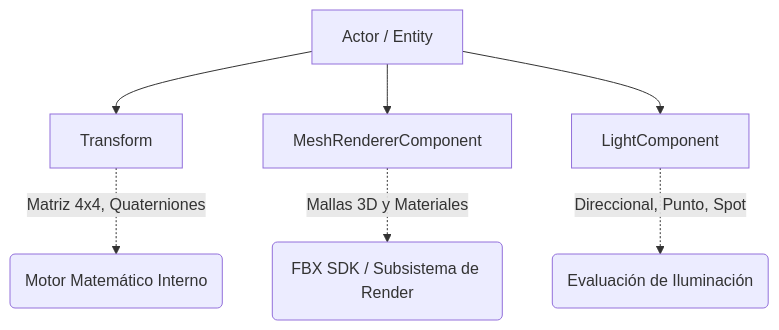
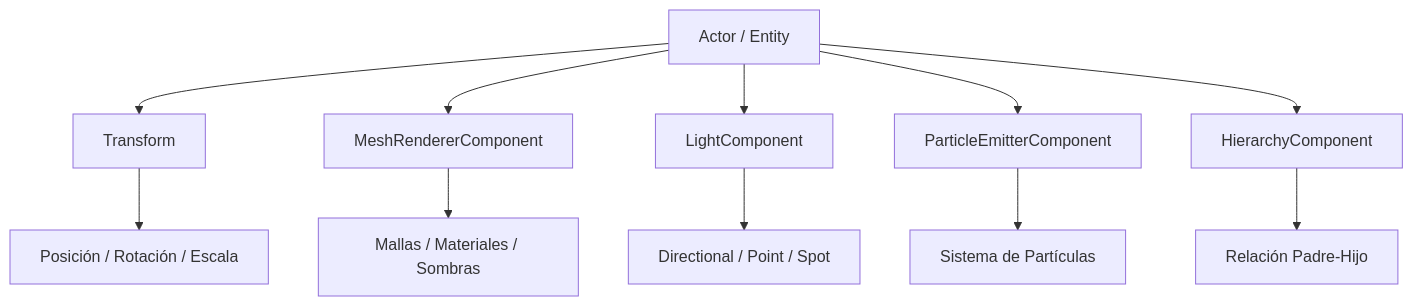
One commit to TheStixd23/WildvineEngine changed the first of 4 diagrams in README.md. Above: the diagram before and after it, drawn with Mermaid. The commit also changed other lines of this file, not shown here.

````diff
--- a/README.md
+++ b/README.md
@@ -12,10 +44,14 @@
 ```mermaid
 graph TD
     A[Actor / Entity] --> B[Transform]
     A --> C[MeshRendererComponent]
     A --> D[LightComponent]
-    
-    B -.->|Matriz 4x4, Quaterniones| B1(Motor Matemático Interno)
-    C -.->|Mallas 3D y Materiales| C1(FBX SDK / Subsistema de Render)
-    D -.->|Direccional, Punto, Spot| D1(Evaluación de Iluminación)
+    A --> E[ParticleEmitterComponent]
+    A --> F[HierarchyComponent]
+
+    B --> B1[Posición / Rotación / Escala]
+    C --> C1[Mallas / Materiales / Sombras]
+    D --> D1[Directional / Point / Spot]
+    E --> E1[Sistema de Partículas]
+    F --> F1[Relación Padre-Hijo]
 ```
````
